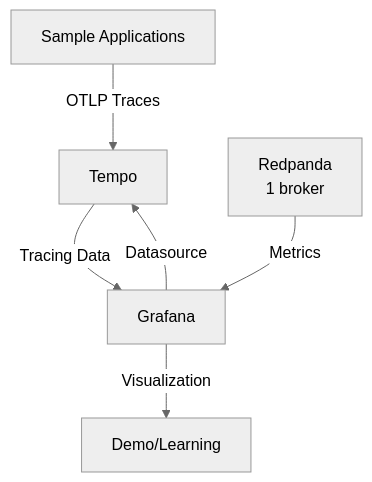
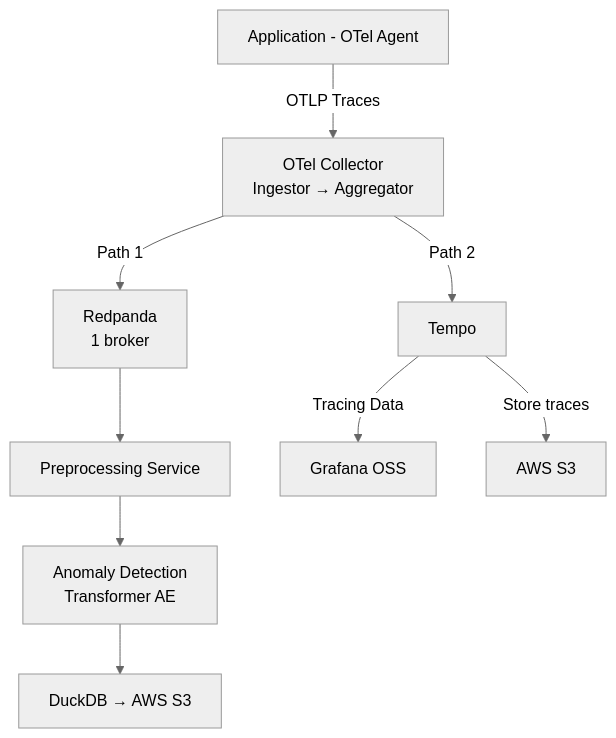
The first of 2 diagrams in .agent/ai-governance-rules-thesis.md (MeetingTeam/MyRCA), drawn with Mermaid (neutral theme) before and after one commit. The commit also changed other lines of this file and 5 other files, not shown here.

Commit message:
feat: Implement initial OpenTelemetry Collector and Grafana Tempo configurations, and add AI governance rules for the thesis observability platform.

````diff
--- a/.agent/ai-governance-rules-thesis.md
+++ b/.agent/ai-governance-rules-thesis.md
@@ -27,8 +27,11 @@
 ```mermaid
 graph TD
-    A[Sample Applications] -->|OTLP Traces| B[Tempo]
-    B -->|Tracing Data| C[Grafana]
-    D[Redpanda<br/>1 broker] -->|Metrics| C
-    C -->|Datasource| B
-    C -->|Visualization| E[Demo/Learning]
+    A[Application - OTel Agent] -->|OTLP Traces| B[OTel Collector<br/>Ingestor → Aggregator]
+    B -->|Path 2| C[Tempo]
+    B -->|Path 1| D[Redpanda<br/>1 broker]
+    D --> E[Preprocessing Service]
+    E --> F[Anomaly Detection<br/>Transformer AE]
+    F --> G[DuckDB → AWS S3]
+    C -->|Tracing Data| H[Grafana OSS]
+    C -->|Store traces| I[AWS S3]
 ```
````
